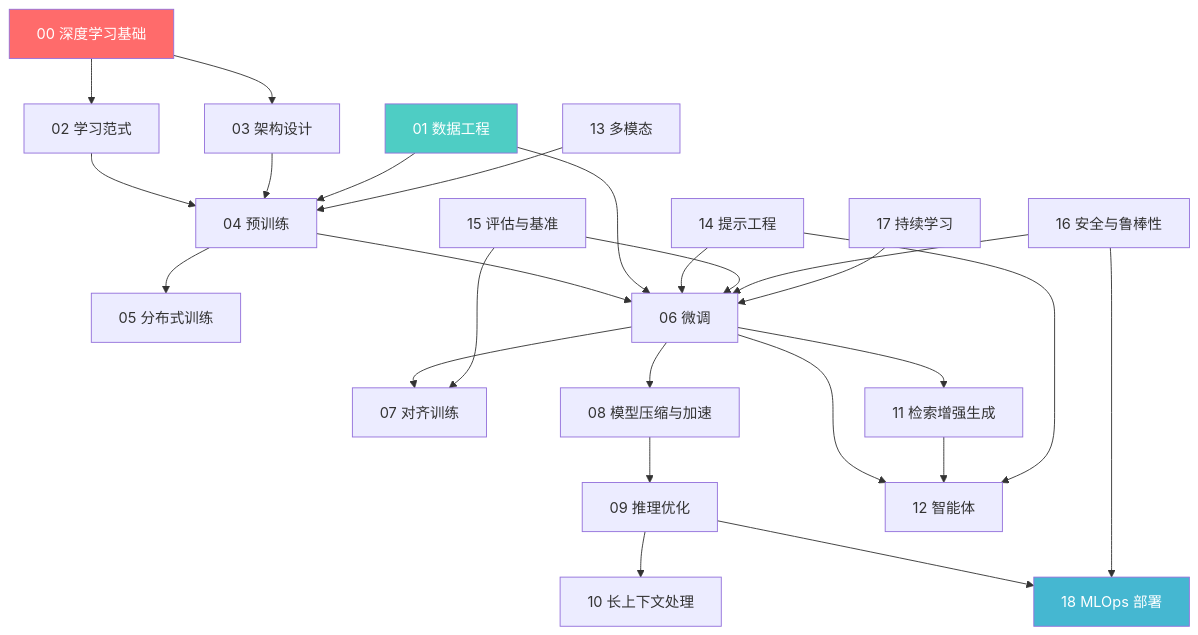
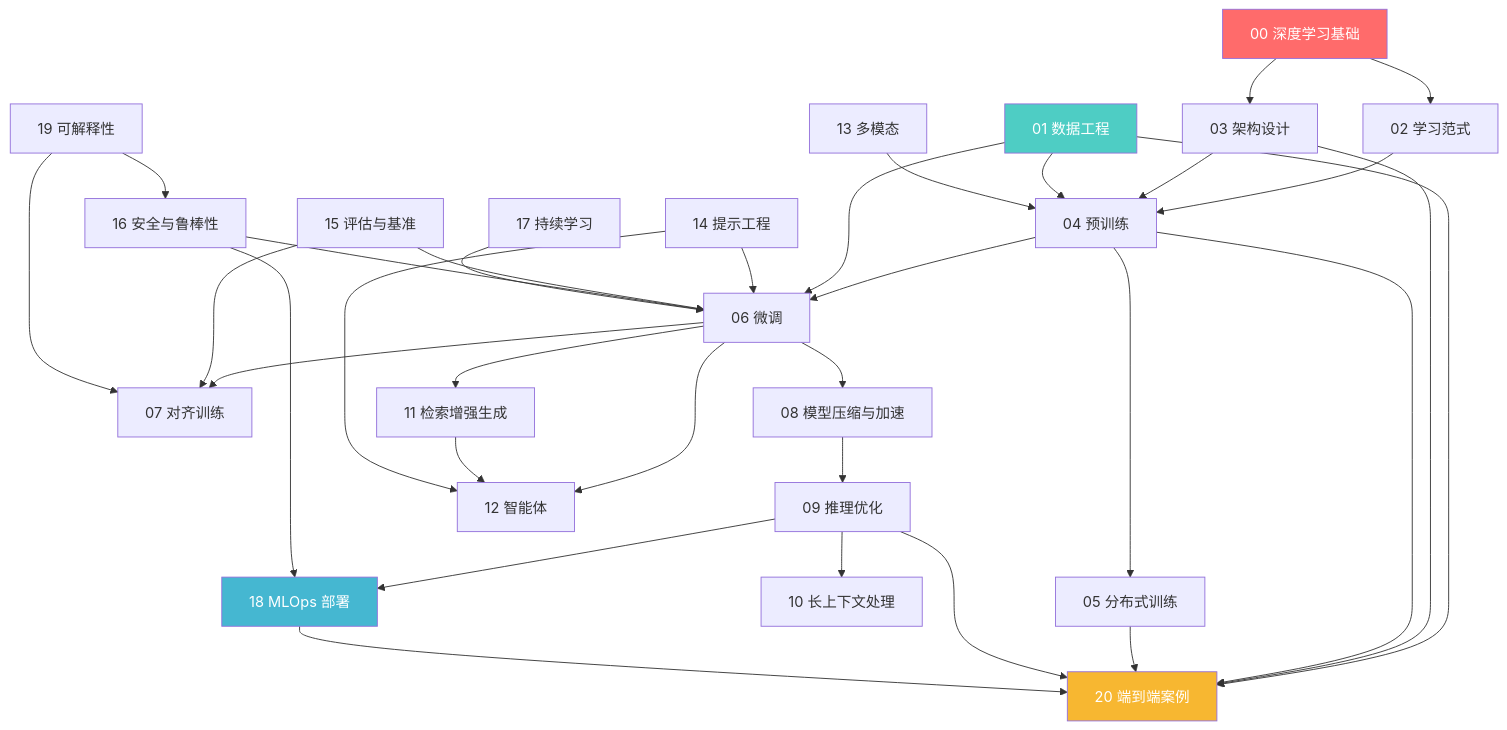
Before and after one commit to eeyzs1/pytorch_general_techs: the diagram in ml_train/大模型机器学习技术全景.md, drawn with Mermaid. The commit also changed other lines of this file and 64 other files, not shown here.

````diff
--- a/ml_train/大模型机器学习技术全景.md
+++ b/ml_train/大模型机器学习技术全景.md
@@ -33,37 +35,47 @@
 ```mermaid
 graph TD
     A[00 深度学习基础] --> B[02 学习范式]
     A --> C[03 架构设计]
     B --> D[04 预训练]
     C --> D
     D --> E[05 分布式训练]
     D --> F[06 微调]
     F --> G[07 对齐训练]
     F --> H[08 模型压缩与加速]
     H --> I[09 推理优化]
     I --> J[10 长上下文处理]
     I --> K[18 MLOps 部署]
     
     M[01 数据工程] --> D
     M --> F
     
     F --> L[11 检索增强生成]
     F --> N[12 智能体]
     L --> N
     
     O[13 多模态] --> D
     P[14 提示工程] --> N
     P --> F
     
     Q[15 评估与基准] --> F
     Q --> G
     
     R[16 安全与鲁棒性] --> F
     R --> K
     
     S[17 持续学习] --> F
+    T[19 可解释性] --> G
+    T --> R
+
+    M --> U[20 端到端案例]
+    C --> U
+    D --> U
+    E --> U
+    I --> U
+    K --> U
 
     style A fill:#ff6b6b,color:#fff
     style M fill:#4ecdc4,color:#fff
     style K fill:#45b7d1,color:#fff
+    style U fill:#f7b731,color:#fff
 ```
````
